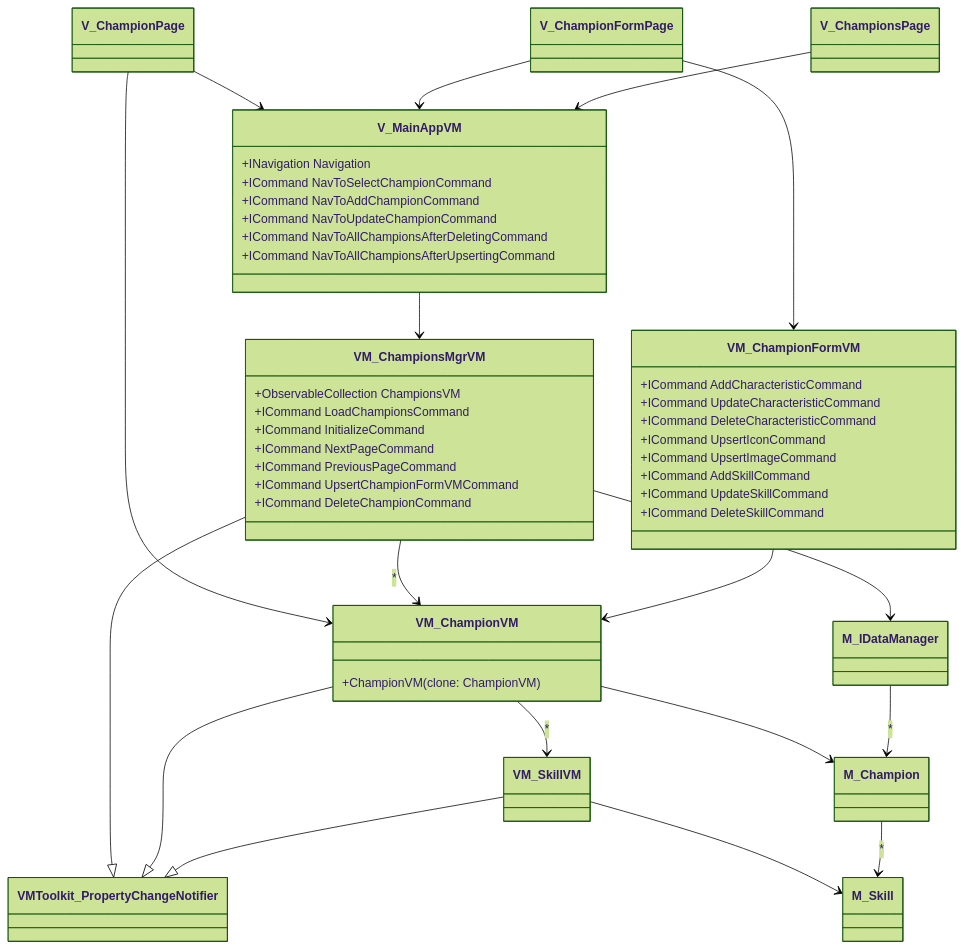
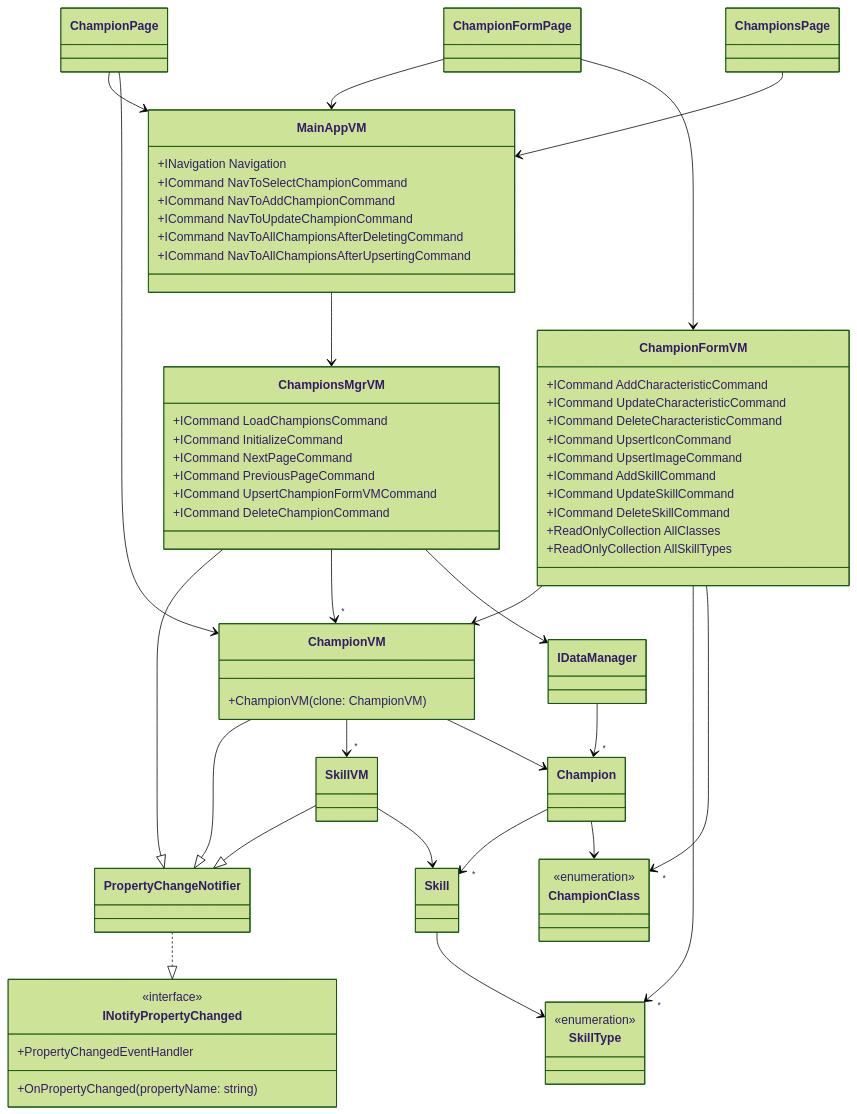
One commit to draialexis/AD_MVVM_custom_LoL changed the second of 2 diagrams in README.md. Above: the diagram before and after it, drawn with Mermaid (forest theme). The commit also changed other lines of this file and 5 other files, not shown here.

````diff
--- a/README.md
+++ b/README.md
@@ -38,103 +75,78 @@
 ```mermaid
 classDiagram
 
-class  V_MainAppVM  {
-
-+INavigation Navigation
-
-+ICommand NavToSelectChampionCommand
-
-+ICommand NavToAddChampionCommand
-
-+ICommand NavToUpdateChampionCommand
-
-+ICommand NavToAllChampionsAfterDeletingCommand
-
-+ICommand NavToAllChampionsAfterUpsertingCommand
-
+class MainAppVM {
+    +INavigation Navigation
+    +ICommand NavToSelectChampionCommand
+    +ICommand NavToAddChampionCommand
+    +ICommand NavToUpdateChampionCommand
+    +ICommand NavToAllChampionsAfterDeletingCommand
+    +ICommand NavToAllChampionsAfterUpsertingCommand
 }
 
-class  VM_ChampionsMgrVM  {
-
-+ObservableCollection<ChampionVM> ChampionsVM
-
-+ICommand LoadChampionsCommand
-
-+ICommand InitializeCommand
-
-+ICommand NextPageCommand
-
-+ICommand PreviousPageCommand
-
-+ICommand UpsertChampionFormVMCommand
-
-+ICommand DeleteChampionCommand
-
+class ChampionsMgrVM {
+    +ICommand LoadChampionsCommand
+    +ICommand InitializeCommand
+    +ICommand NextPageCommand
+    +ICommand PreviousPageCommand
+    +ICommand UpsertChampionFormVMCommand
+    +ICommand DeleteChampionCommand
 }
 
-class  VM_ChampionVM  {
-
-+ChampionVM(clone:  ChampionVM)
-
+class ChampionVM {
+    +ChampionVM(clone: ChampionVM)
 }
 
-class  VM_ChampionFormVM  {
-
-+ICommand AddCharacteristicCommand
-
-+ICommand UpdateCharacteristicCommand
-
-+ICommand DeleteCharacteristicCommand
-
-+ICommand UpsertIconCommand
-
-+ICommand UpsertImageCommand
-
-+ICommand AddSkillCommand
-
-+ICommand UpdateSkillCommand
-
-+ICommand DeleteSkillCommand
-
+class ChampionFormVM {
+    +ICommand AddCharacteristicCommand
+    +ICommand UpdateCharacteristicCommand
+    +ICommand DeleteCharacteristicCommand
+    +ICommand UpsertIconCommand
+    +ICommand UpsertImageCommand
+    +ICommand AddSkillCommand
+    +ICommand UpdateSkillCommand
+    +ICommand DeleteSkillCommand
+    +ReadOnlyCollection AllClasses
+    +ReadOnlyCollection AllSkillTypes
 }
 
-  
+class INotifyPropertyChanged {
+    <<interface>>
+    +PropertyChangedEventHandler
+    +OnPropertyChanged(propertyName: string)
+}
 
-V_ChampionPage  -->  V_MainAppVM
+class ChampionClass {
+    <<enumeration>>
+}
 
-V_ChampionPage  -->  VM_ChampionVM
+class SkillType {
+    <<enumeration>>
+}
 
-V_ChampionFormPage  -->  V_MainAppVM
+ChampionPage --> MainAppVM
+ChampionPage --> ChampionVM
+ChampionFormPage --> MainAppVM
+ChampionFormPage --> ChampionFormVM
+ChampionsPage --> MainAppVM
+MainAppVM --> ChampionsMgrVM
 
-V_ChampionFormPage  -->  VM_ChampionFormVM
+ChampionsMgrVM --|> PropertyChangeNotifier
+ChampionsMgrVM --> "*" ChampionVM
+ChampionsMgrVM --> IDataManager
+ChampionVM --|> PropertyChangeNotifier
+ChampionVM --> "*" SkillVM
+ChampionVM --> Champion
+SkillVM --|> PropertyChangeNotifier
+SkillVM --> Skill
+ChampionFormVM --> ChampionVM
+ChampionFormVM --> "*" SkillType
+ChampionFormVM --> "*" ChampionClass
 
-V_ChampionsPage  -->  V_MainAppVM
+PropertyChangeNotifier ..|> INotifyPropertyChanged
 
-V_MainAppVM  -->  VM_ChampionsMgrVM
-
-  
-
-VM_ChampionsMgrVM  --|>  VMToolkit_PropertyChangeNotifier
-
-VM_ChampionsMgrVM  -->  VM_ChampionVM  :  *
-
-VM_ChampionsMgrVM  -->  M_IDataManager
-
-VM_ChampionVM  --|>  VMToolkit_PropertyChangeNotifier
-
-VM_ChampionVM  -->  VM_SkillVM  :  *
-
-VM_ChampionVM  -->  M_Champion
-
-VM_SkillVM  --|>  VMToolkit_PropertyChangeNotifier
-
-VM_SkillVM  -->  M_Skill
-
-VM_ChampionFormVM  -->  VM_ChampionVM
-
-  
-
-M_IDataManager  -->  M_Champion  :  *
-
-M_Champion  -->  M_Skill  :  *
+IDataManager --> "*" Champion
+Champion --> "*" Skill
+Skill --> SkillType
+Champion --> ChampionClass
 ```
````
